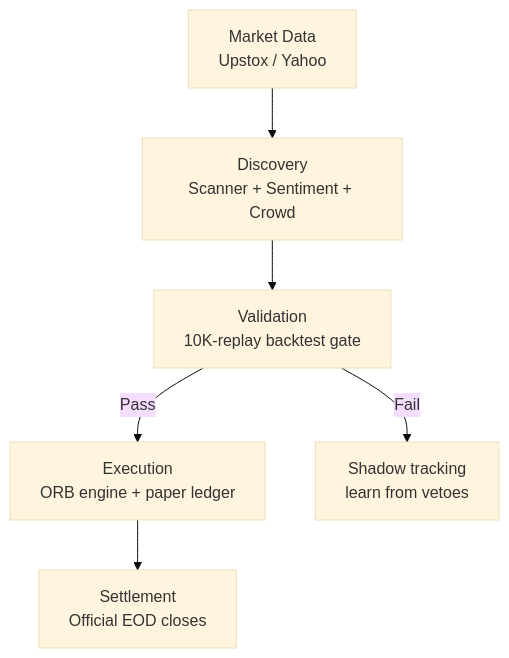
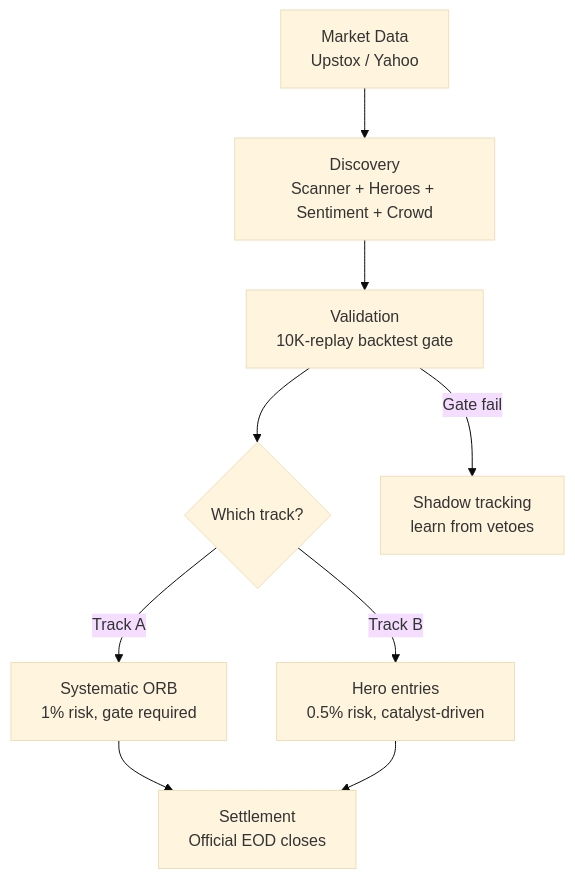
Before and after one commit to Pratham1997/indian-day-trade-skill: the diagram in README.md, drawn with Mermaid (base theme). The commit also changed other lines of this file and 5 other files, not shown here.

Commit message:
Track B dual-lane engine + full strategy

````diff
--- a/README.md
+++ b/README.md
@@ -20,8 +20,11 @@
 ```mermaid
 flowchart TD
-    A[Market Data<br/>Upstox / Yahoo] --> B[Discovery<br/>Scanner + Sentiment + Crowd]
+    A[Market Data<br/>Upstox / Yahoo] --> B[Discovery<br/>Scanner + Heroes + Sentiment + Crowd]
     B --> C[Validation<br/>10K-replay backtest gate]
-    C -->|Pass| D[Execution<br/>ORB engine + paper ledger]
-    C -->|Fail| E[Shadow tracking<br/>learn from vetoes]
-    D --> F[Settlement<br/>Official EOD closes]
+    C --> D{Which track?}
+    D -->|Track A| E[Systematic ORB<br/>1% risk, gate required]
+    D -->|Track B| F[Hero entries<br/>0.5% risk, catalyst-driven]
+    C -->|Gate fail| G[Shadow tracking<br/>learn from vetoes]
+    E --> H[Settlement<br/>Official EOD closes]
+    F --> H
 ```
````
